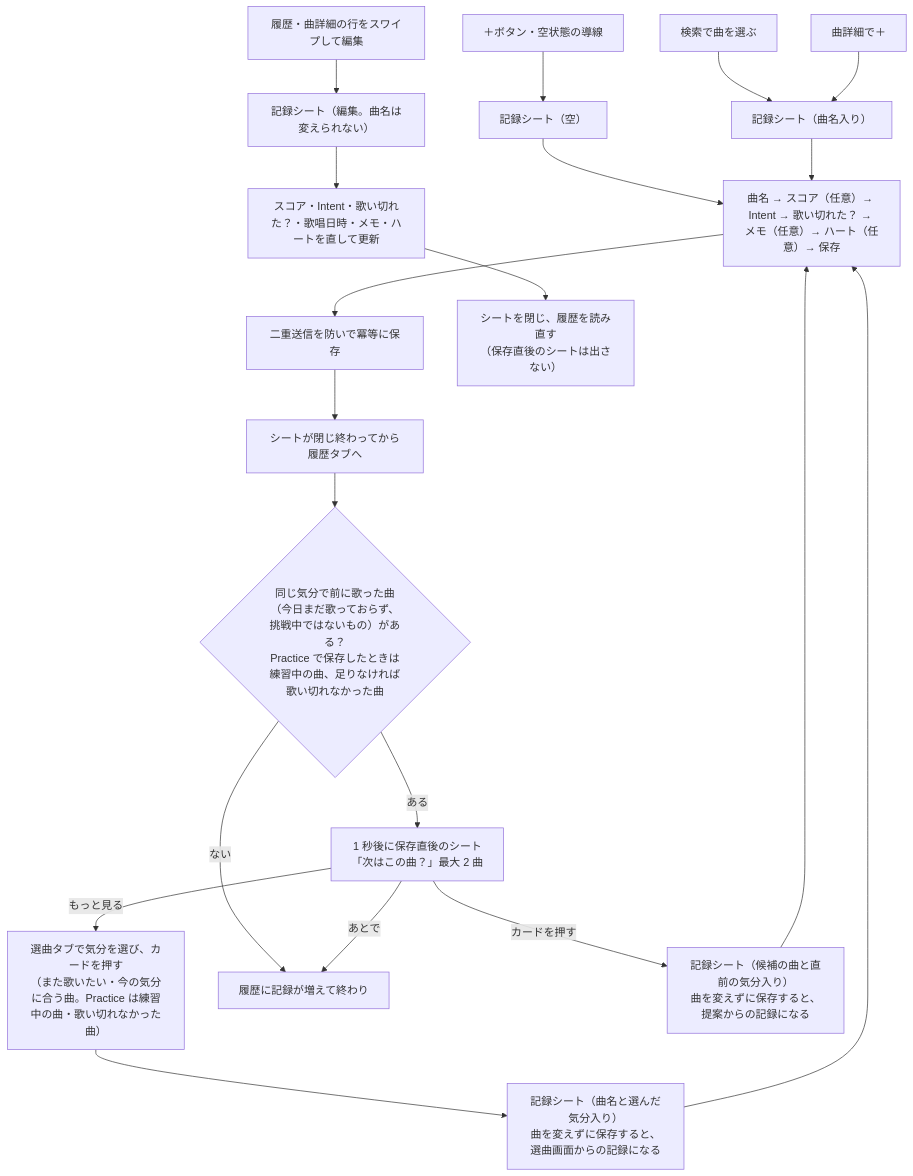
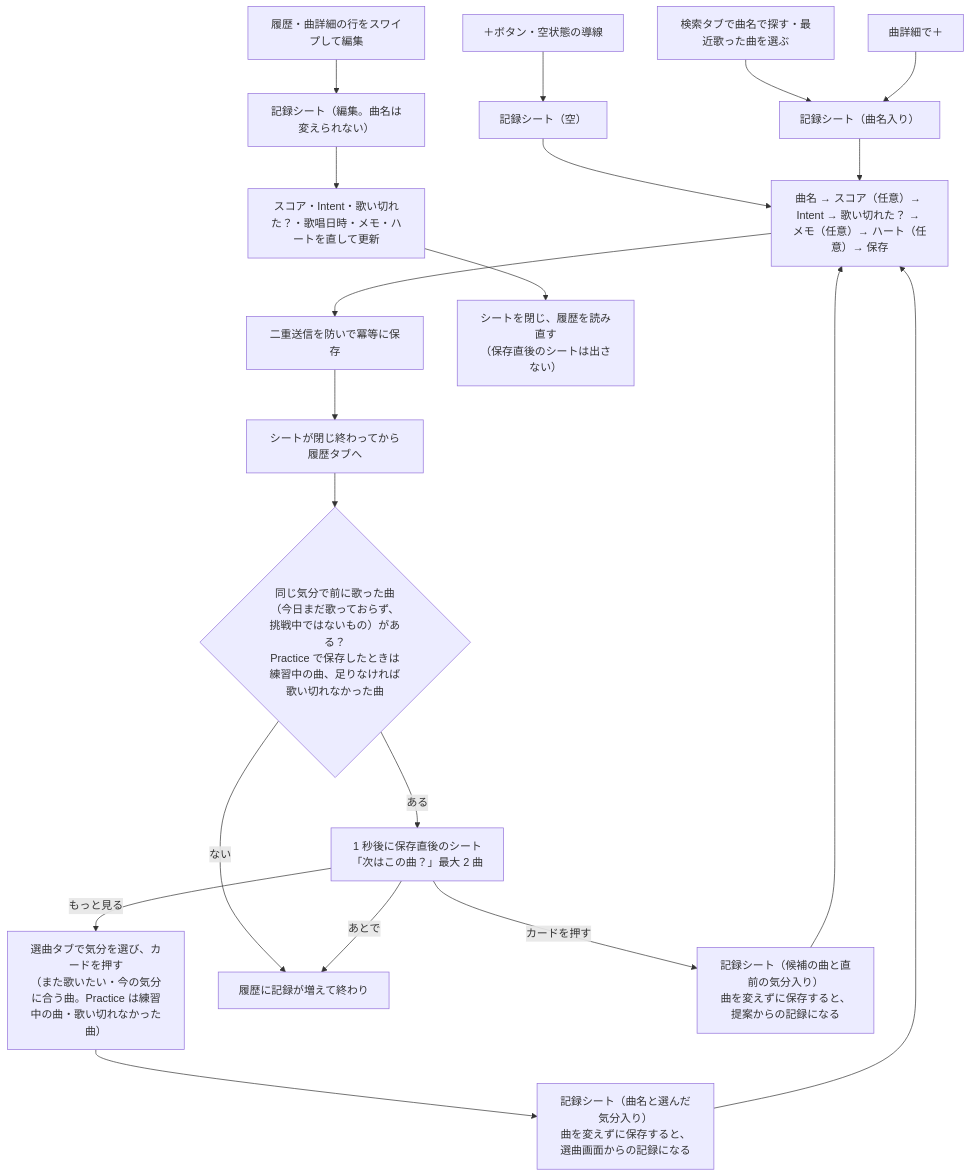
The fourth of 4 diagrams in docs/architecture.md (omomi-moti/Karaoke_support), drawn with Mermaid before and after one commit. The commit also changed 17 other files, not shown here.

````diff
--- a/docs/architecture.md
+++ b/docs/architecture.md
@@ -217,24 +217,24 @@
 ```mermaid
 flowchart TD
     P["＋ボタン・空状態の導線"] --> S1["記録シート（空）"]
-    R["検索で曲を選ぶ"] --> S2["記録シート（曲名入り）"]
+    R["検索タブで曲名で探す・最近歌った曲を選ぶ"] --> S2["記録シート（曲名入り）"]
     TD["曲詳細で＋"] --> S2
     SEL["選曲タブで気分を選び、カードを押す<br>（また歌いたい・今の気分に合う曲。Practice は練習中の曲・歌い切れなかった曲）"] --> S5["記録シート（曲名と選んだ気分入り）<br>曲を変えずに保存すると、選曲画面からの記録になる"]
     E["履歴・曲詳細の行をスワイプして編集"] --> S3["記録シート（編集。曲名は変えられない）"]
 
     S1 --> IN["曲名 → スコア（任意）→ Intent → 歌い切れた？ → メモ（任意）→ ハート（任意）→ 保存"]
     S2 --> IN
     IN --> SAVE["二重送信を防いで冪等に保存"]
     SAVE --> CLOSE["シートが閉じ終わってから履歴タブへ"]
     CLOSE --> Q{"同じ気分で前に歌った曲<br>（今日まだ歌っておらず、挑戦中ではないもの）がある？<br>Practice で保存したときは練習中の曲、足りなければ歌い切れなかった曲"}
     Q -->|ある| AS["1 秒後に保存直後のシート<br>「次はこの曲？」最大 2 曲"]
     Q -->|ない| END["履歴に記録が増えて終わり"]
     AS -->|カードを押す| S4["記録シート（候補の曲と直前の気分入り）<br>曲を変えずに保存すると、提案からの記録になる"]
     AS -->|あとで| END
     AS -->|もっと見る| SEL
     S4 --> IN
     S5 --> IN
 
     S3 --> UP["スコア・Intent・歌い切れた？・歌唱日時・メモ・ハートを直して更新"]
     UP --> CLOSE2["シートを閉じ、履歴を読み直す<br>（保存直後のシートは出さない）"]
 ```
````
